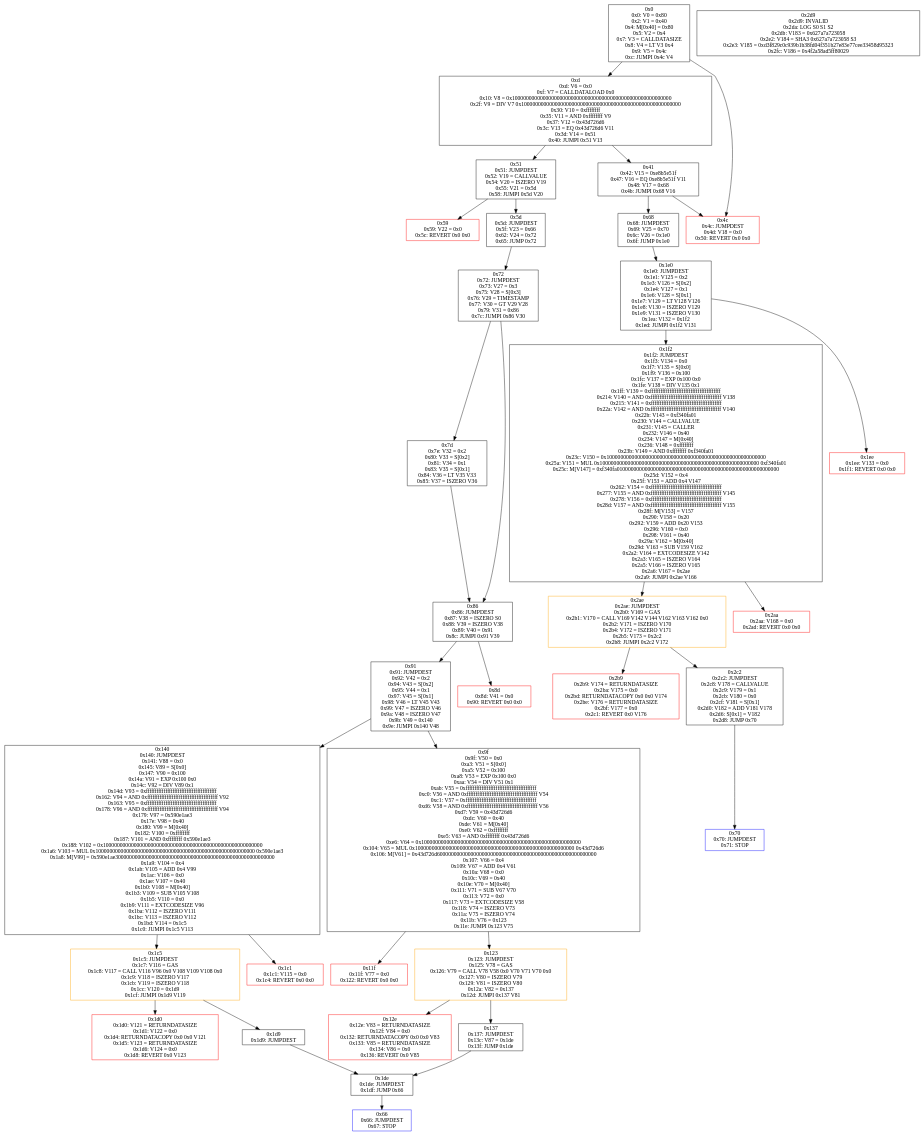
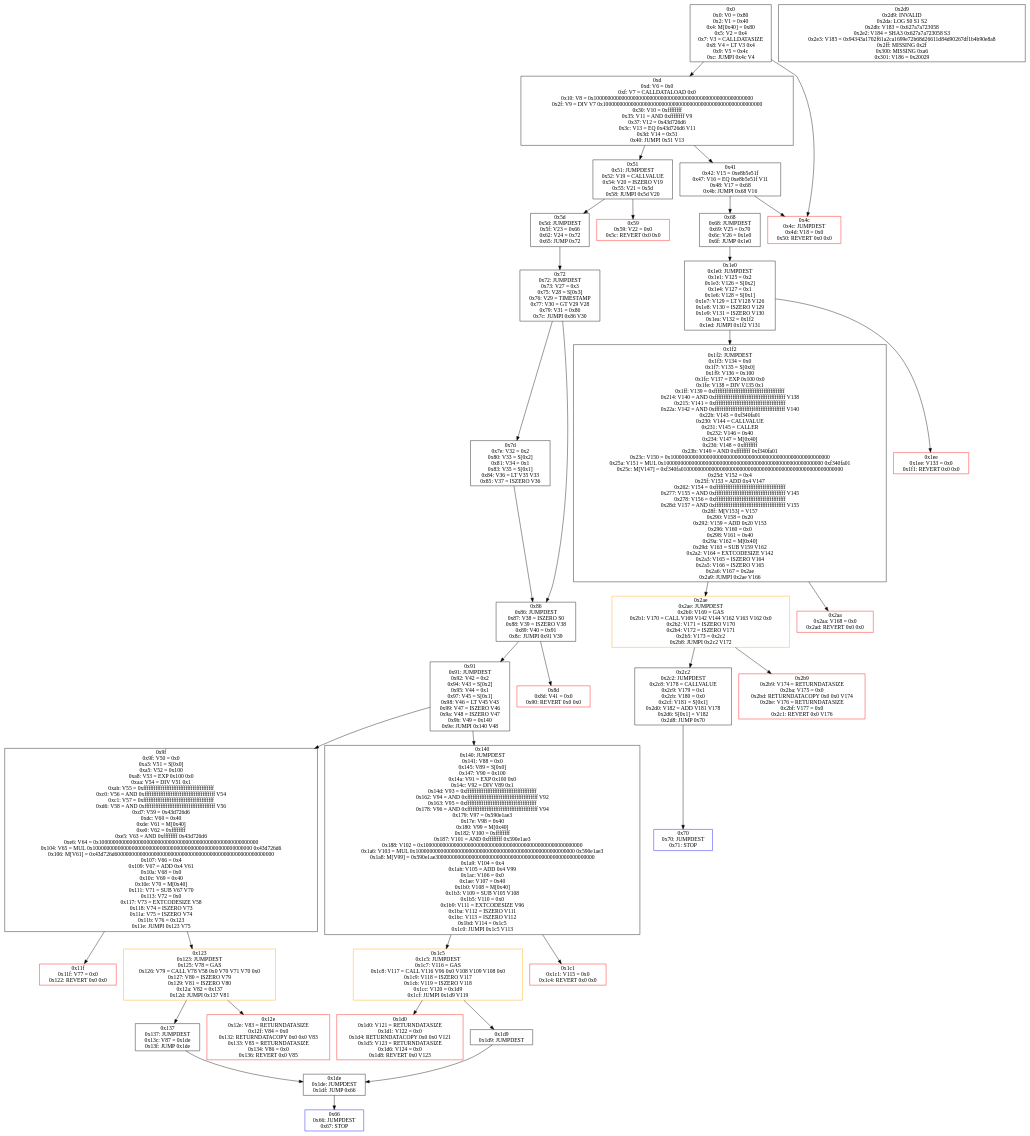
One commit to whbjzzwjxq/Toy-verx_impl changed the diagram in contract/crowdsale.bytecode.dot. Above: the diagram before and after it, drawn with Graphviz. The commit also changed other lines of this file and 23 other files, not shown here.

```diff
--- a/contract/crowdsale.bytecode.dot
+++ b/contract/crowdsale.bytecode.dot
@@ -1,72 +1,72 @@
-digraph "./contract/crowdsale.bytecode" {
+digraph "crowdsale.bytecode" {
 bgcolor=white;
 "0x0" [color=black, label="0x0\n0x0: V0 = 0x80\n0x2: V1 = 0x40\n0x4: M[0x40] = 0x80\n0x5: V2 = 0x4\n0x7: V3 = CALLDATASIZE\n0x8: V4 = LT V3 0x4\n0x9: V5 = 0x4c\n0xc: JUMPI 0x4c V4\n", shape=box];
 "0xd" [color=black, label="0xd\n0xd: V6 = 0x0\n0xf: V7 = CALLDATALOAD 0x0\n0x10: V8 = 0x100000000000000000000000000000000000000000000000000000000\n0x2f: V9 = DIV V7 0x100000000000000000000000000000000000000000000000000000000\n0x30: V10 = 0xffffffff\n0x35: V11 = AND 0xffffffff V9\n0x37: V12 = 0x43d726d6\n0x3c: V13 = EQ 0x43d726d6 V11\n0x3d: V14 = 0x51\n0x40: JUMPI 0x51 V13\n", shape=box];
 "0x0" -> "0xd";
 "0x4c" [color=red, label="0x4c\n0x4c: JUMPDEST \n0x4d: V18 = 0x0\n0x50: REVERT 0x0 0x0\n", shape=box];
 "0x0" -> "0x4c";
+"0x41" [color=black, label="0x41\n0x42: V15 = 0xe8b5e51f\n0x47: V16 = EQ 0xe8b5e51f V11\n0x48: V17 = 0x68\n0x4b: JUMPI 0x68 V16\n", shape=box];
+"0xd" -> "0x41";
 "0x51" [color=black, label="0x51\n0x51: JUMPDEST \n0x52: V19 = CALLVALUE\n0x54: V20 = ISZERO V19\n0x55: V21 = 0x5d\n0x58: JUMPI 0x5d V20\n", shape=box];
 "0xd" -> "0x51";
-"0x41" [color=black, label="0x41\n0x42: V15 = 0xe8b5e51f\n0x47: V16 = EQ 0xe8b5e51f V11\n0x48: V17 = 0x68\n0x4b: JUMPI 0x68 V16\n", shape=box];
-"0xd" -> "0x41";
 "0x68" [color=black, label="0x68\n0x68: JUMPDEST \n0x69: V25 = 0x70\n0x6c: V26 = 0x1e0\n0x6f: JUMP 0x1e0\n", shape=box];
 "0x41" -> "0x68";
 "0x41" -> "0x4c";
+"0x5d" [color=black, label="0x5d\n0x5d: JUMPDEST \n0x5f: V23 = 0x66\n0x62: V24 = 0x72\n0x65: JUMP 0x72\n", shape=box];
+"0x51" -> "0x5d";
 "0x59" [color=red, label="0x59\n0x59: V22 = 0x0\n0x5c: REVERT 0x0 0x0\n", shape=box];
 "0x51" -> "0x59";
-"0x5d" [color=black, label="0x5d\n0x5d: JUMPDEST \n0x5f: V23 = 0x66\n0x62: V24 = 0x72\n0x65: JUMP 0x72\n", shape=box];
-"0x51" -> "0x5d";
 "0x72" [color=black, label="0x72\n0x72: JUMPDEST \n0x73: V27 = 0x3\n0x75: V28 = S[0x3]\n0x76: V29 = TIMESTAMP\n0x77: V30 = GT V29 V28\n0x79: V31 = 0x86\n0x7c: JUMPI 0x86 V30\n", shape=box];
 "0x5d" -> "0x72";
 "0x66" [color=blue, label="0x66\n0x66: JUMPDEST \n0x67: STOP \n", shape=box];
 "0x1e0" [color=black, label="0x1e0\n0x1e0: JUMPDEST \n0x1e1: V125 = 0x2\n0x1e3: V126 = S[0x2]\n0x1e4: V127 = 0x1\n0x1e6: V128 = S[0x1]\n0x1e7: V129 = LT V128 V126\n0x1e8: V130 = ISZERO V129\n0x1e9: V131 = ISZERO V130\n0x1ea: V132 = 0x1f2\n0x1ed: JUMPI 0x1f2 V131\n", shape=box];
 "0x68" -> "0x1e0";
 "0x70" [color=blue, label="0x70\n0x70: JUMPDEST \n0x71: STOP \n", shape=box];
 "0x7d" [color=black, label="0x7d\n0x7e: V32 = 0x2\n0x80: V33 = S[0x2]\n0x81: V34 = 0x1\n0x83: V35 = S[0x1]\n0x84: V36 = LT V35 V33\n0x85: V37 = ISZERO V36\n", shape=box];
 "0x72" -> "0x7d";
 "0x86" [color=black, label="0x86\n0x86: JUMPDEST \n0x87: V38 = ISZERO S0\n0x88: V39 = ISZERO V38\n0x89: V40 = 0x91\n0x8c: JUMPI 0x91 V39\n", shape=box];
 "0x72" -> "0x86";
 "0x7d" -> "0x86";
 "0x91" [color=black, label="0x91\n0x91: JUMPDEST \n0x92: V42 = 0x2\n0x94: V43 = S[0x2]\n0x95: V44 = 0x1\n0x97: V45 = S[0x1]\n0x98: V46 = LT V45 V43\n0x99: V47 = ISZERO V46\n0x9a: V48 = ISZERO V47\n0x9b: V49 = 0x140\n0x9e: JUMPI 0x140 V48\n", shape=box];
 "0x86" -> "0x91";
 "0x8d" [color=red, label="0x8d\n0x8d: V41 = 0x0\n0x90: REVERT 0x0 0x0\n", shape=box];
 "0x86" -> "0x8d";
 "0x140" [color=black, label="0x140\n0x140: JUMPDEST \n0x141: V88 = 0x0\n0x145: V89 = S[0x0]\n0x147: V90 = 0x100\n0x14a: V91 = EXP 0x100 0x0\n0x14c: V92 = DIV V89 0x1\n0x14d: V93 = 0xffffffffffffffffffffffffffffffffffffffff\n0x162: V94 = AND 0xffffffffffffffffffffffffffffffffffffffff V92\n0x163: V95 = 0xffffffffffffffffffffffffffffffffffffffff\n0x178: V96 = AND 0xffffffffffffffffffffffffffffffffffffffff V94\n0x179: V97 = 0x590e1ae3\n0x17e: V98 = 0x40\n0x180: V99 = M[0x40]\n0x182: V100 = 0xffffffff\n0x187: V101 = AND 0xffffffff 0x590e1ae3\n0x188: V102 = 0x100000000000000000000000000000000000000000000000000000000\n0x1a6: V103 = MUL 0x100000000000000000000000000000000000000000000000000000000 0x590e1ae3\n0x1a8: M[V99] = 0x590e1ae300000000000000000000000000000000000000000000000000000000\n0x1a9: V104 = 0x4\n0x1ab: V105 = ADD 0x4 V99\n0x1ac: V106 = 0x0\n0x1ae: V107 = 0x40\n0x1b0: V108 = M[0x40]\n0x1b3: V109 = SUB V105 V108\n0x1b5: V110 = 0x0\n0x1b9: V111 = EXTCODESIZE V96\n0x1ba: V112 = ISZERO V111\n0x1bc: V113 = ISZERO V112\n0x1bd: V114 = 0x1c5\n0x1c0: JUMPI 0x1c5 V113\n", shape=box];
 "0x91" -> "0x140";
 "0x9f" [color=black, label="0x9f\n0x9f: V50 = 0x0\n0xa3: V51 = S[0x0]\n0xa5: V52 = 0x100\n0xa8: V53 = EXP 0x100 0x0\n0xaa: V54 = DIV V51 0x1\n0xab: V55 = 0xffffffffffffffffffffffffffffffffffffffff\n0xc0: V56 = AND 0xffffffffffffffffffffffffffffffffffffffff V54\n0xc1: V57 = 0xffffffffffffffffffffffffffffffffffffffff\n0xd6: V58 = AND 0xffffffffffffffffffffffffffffffffffffffff V56\n0xd7: V59 = 0x43d726d6\n0xdc: V60 = 0x40\n0xde: V61 = M[0x40]\n0xe0: V62 = 0xffffffff\n0xe5: V63 = AND 0xffffffff 0x43d726d6\n0xe6: V64 = 0x100000000000000000000000000000000000000000000000000000000\n0x104: V65 = MUL 0x100000000000000000000000000000000000000000000000000000000 0x43d726d6\n0x106: M[V61] = 0x43d726d600000000000000000000000000000000000000000000000000000000\n0x107: V66 = 0x4\n0x109: V67 = ADD 0x4 V61\n0x10a: V68 = 0x0\n0x10c: V69 = 0x40\n0x10e: V70 = M[0x40]\n0x111: V71 = SUB V67 V70\n0x113: V72 = 0x0\n0x117: V73 = EXTCODESIZE V58\n0x118: V74 = ISZERO V73\n0x11a: V75 = ISZERO V74\n0x11b: V76 = 0x123\n0x11e: JUMPI 0x123 V75\n", shape=box];
 "0x91" -> "0x9f";
 "0x11f" [color=red, label="0x11f\n0x11f: V77 = 0x0\n0x122: REVERT 0x0 0x0\n", shape=box];
 "0x9f" -> "0x11f";
 "0x123" [color=orange, label="0x123\n0x123: JUMPDEST \n0x125: V78 = GAS\n0x126: V79 = CALL V78 V58 0x0 V70 V71 V70 0x0\n0x127: V80 = ISZERO V79\n0x129: V81 = ISZERO V80\n0x12a: V82 = 0x137\n0x12d: JUMPI 0x137 V81\n", shape=box];
 "0x9f" -> "0x123";
+"0x137" [color=black, label="0x137\n0x137: JUMPDEST \n0x13c: V87 = 0x1de\n0x13f: JUMP 0x1de\n", shape=box];
+"0x123" -> "0x137";
 "0x12e" [color=red, label="0x12e\n0x12e: V83 = RETURNDATASIZE\n0x12f: V84 = 0x0\n0x132: RETURNDATACOPY 0x0 0x0 V83\n0x133: V85 = RETURNDATASIZE\n0x134: V86 = 0x0\n0x136: REVERT 0x0 V85\n", shape=box];
 "0x123" -> "0x12e";
-"0x137" [color=black, label="0x137\n0x137: JUMPDEST \n0x13c: V87 = 0x1de\n0x13f: JUMP 0x1de\n", shape=box];
-"0x123" -> "0x137";
 "0x1de" [color=black, label="0x1de\n0x1de: JUMPDEST \n0x1df: JUMP 0x66\n", shape=box];
 "0x137" -> "0x1de";
 "0x1c5" [color=orange, label="0x1c5\n0x1c5: JUMPDEST \n0x1c7: V116 = GAS\n0x1c8: V117 = CALL V116 V96 0x0 V108 V109 V108 0x0\n0x1c9: V118 = ISZERO V117\n0x1cb: V119 = ISZERO V118\n0x1cc: V120 = 0x1d9\n0x1cf: JUMPI 0x1d9 V119\n", shape=box];
 "0x140" -> "0x1c5";
 "0x1c1" [color=red, label="0x1c1\n0x1c1: V115 = 0x0\n0x1c4: REVERT 0x0 0x0\n", shape=box];
 "0x140" -> "0x1c1";
 "0x1d0" [color=red, label="0x1d0\n0x1d0: V121 = RETURNDATASIZE\n0x1d1: V122 = 0x0\n0x1d4: RETURNDATACOPY 0x0 0x0 V121\n0x1d5: V123 = RETURNDATASIZE\n0x1d6: V124 = 0x0\n0x1d8: REVERT 0x0 V123\n", shape=box];
 "0x1c5" -> "0x1d0";
 "0x1d9" [color=black, label="0x1d9\n0x1d9: JUMPDEST \n", shape=box];
 "0x1c5" -> "0x1d9";
 "0x1d9" -> "0x1de";
 "0x1de" -> "0x66";
 "0x1f2" [color=black, label="0x1f2\n0x1f2: JUMPDEST \n0x1f3: V134 = 0x0\n0x1f7: V135 = S[0x0]\n0x1f9: V136 = 0x100\n0x1fc: V137 = EXP 0x100 0x0\n0x1fe: V138 = DIV V135 0x1\n0x1ff: V139 = 0xffffffffffffffffffffffffffffffffffffffff\n0x214: V140 = AND 0xffffffffffffffffffffffffffffffffffffffff V138\n0x215: V141 = 0xffffffffffffffffffffffffffffffffffffffff\n0x22a: V142 = AND 0xffffffffffffffffffffffffffffffffffffffff V140\n0x22b: V143 = 0xf340fa01\n0x230: V144 = CALLVALUE\n0x231: V145 = CALLER\n0x232: V146 = 0x40\n0x234: V147 = M[0x40]\n0x236: V148 = 0xffffffff\n0x23b: V149 = AND 0xffffffff 0xf340fa01\n0x23c: V150 = 0x100000000000000000000000000000000000000000000000000000000\n0x25a: V151 = MUL 0x100000000000000000000000000000000000000000000000000000000 0xf340fa01\n0x25c: M[V147] = 0xf340fa0100000000000000000000000000000000000000000000000000000000\n0x25d: V152 = 0x4\n0x25f: V153 = ADD 0x4 V147\n0x262: V154 = 0xffffffffffffffffffffffffffffffffffffffff\n0x277: V155 = AND 0xffffffffffffffffffffffffffffffffffffffff V145\n0x278: V156 = 0xffffffffffffffffffffffffffffffffffffffff\n0x28d: V157 = AND 0xffffffffffffffffffffffffffffffffffffffff V155\n0x28f: M[V153] = V157\n0x290: V158 = 0x20\n0x292: V159 = ADD 0x20 V153\n0x296: V160 = 0x0\n0x298: V161 = 0x40\n0x29a: V162 = M[0x40]\n0x29d: V163 = SUB V159 V162\n0x2a2: V164 = EXTCODESIZE V142\n0x2a3: V165 = ISZERO V164\n0x2a5: V166 = ISZERO V165\n0x2a6: V167 = 0x2ae\n0x2a9: JUMPI 0x2ae V166\n", shape=box];
 "0x1e0" -> "0x1f2";
 "0x1ee" [color=red, label="0x1ee\n0x1ee: V133 = 0x0\n0x1f1: REVERT 0x0 0x0\n", shape=box];
 "0x1e0" -> "0x1ee";
+"0x2aa" [color=red, label="0x2aa\n0x2aa: V168 = 0x0\n0x2ad: REVERT 0x0 0x0\n", shape=box];
+"0x1f2" -> "0x2aa";
 "0x2ae" [color=orange, label="0x2ae\n0x2ae: JUMPDEST \n0x2b0: V169 = GAS\n0x2b1: V170 = CALL V169 V142 V144 V162 V163 V162 0x0\n0x2b2: V171 = ISZERO V170\n0x2b4: V172 = ISZERO V171\n0x2b5: V173 = 0x2c2\n0x2b8: JUMPI 0x2c2 V172\n", shape=box];
 "0x1f2" -> "0x2ae";
-"0x2aa" [color=red, label="0x2aa\n0x2aa: V168 = 0x0\n0x2ad: REVERT 0x0 0x0\n", shape=box];
-"0x1f2" -> "0x2aa";
+"0x2c2" [color=black, label="0x2c2\n0x2c2: JUMPDEST \n0x2c8: V178 = CALLVALUE\n0x2c9: V179 = 0x1\n0x2cb: V180 = 0x0\n0x2cf: V181 = S[0x1]\n0x2d0: V182 = ADD V181 V178\n0x2d6: S[0x1] = V182\n0x2d8: JUMP 0x70\n", shape=box];
+"0x2ae" -> "0x2c2";
 "0x2b9" [color=red, label="0x2b9\n0x2b9: V174 = RETURNDATASIZE\n0x2ba: V175 = 0x0\n0x2bd: RETURNDATACOPY 0x0 0x0 V174\n0x2be: V176 = RETURNDATASIZE\n0x2bf: V177 = 0x0\n0x2c1: REVERT 0x0 V176\n", shape=box];
 "0x2ae" -> "0x2b9";
-"0x2c2" [color=black, label="0x2c2\n0x2c2: JUMPDEST \n0x2c8: V178 = CALLVALUE\n0x2c9: V179 = 0x1\n0x2cb: V180 = 0x0\n0x2cf: V181 = S[0x1]\n0x2d0: V182 = ADD V181 V178\n0x2d6: S[0x1] = V182\n0x2d8: JUMP 0x70\n", shape=box];
-"0x2ae" -> "0x2c2";
 "0x2c2" -> "0x70";
-"0x2d9" [color=black, label="0x2d9\n0x2d9: INVALID \n0x2da: LOG S0 S1 S2\n0x2db: V183 = 0x627a7a723058\n0x2e2: V184 = SHA3 0x627a7a723058 S3\n0x2e3: V185 = 0xd3f829c0c939b1b38fd04f351b27e83e77cee33458d95323\n0x2fc: V186 = 0x4f2a58ad5ff80029\n", shape=box];
+"0x2d9" [color=black, label="0x2d9\n0x2d9: INVALID \n0x2da: LOG S0 S1 S2\n0x2db: V183 = 0x627a7a723058\n0x2e2: V184 = SHA3 0x627a7a723058 S3\n0x2e3: V185 = 0x94343a1702f61a2ca1699e72b68d26611d84d90267df1b4b90e8a8\n0x2ff: MISSING 0x2f\n0x300: MISSING 0xa6\n0x301: V186 = 0x20029\n", shape=box];
 }
```
